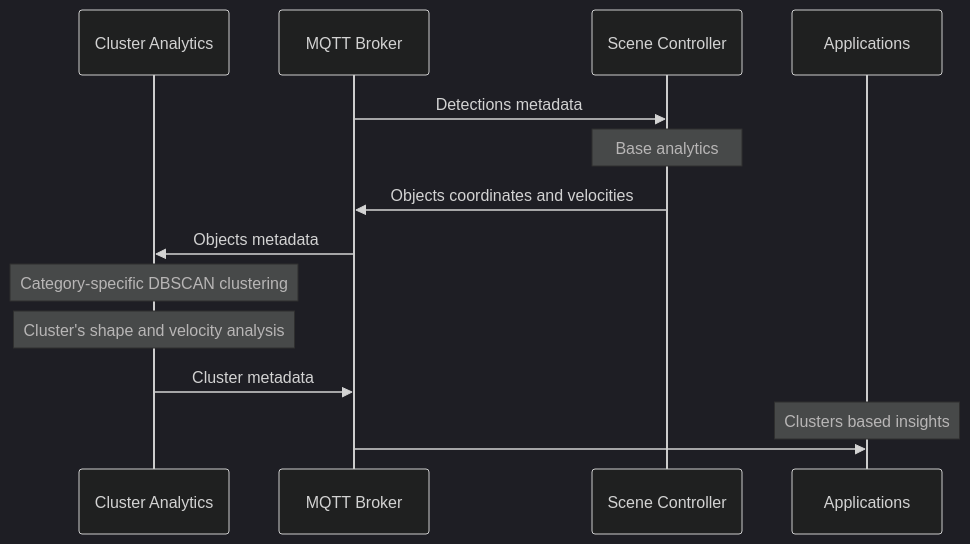
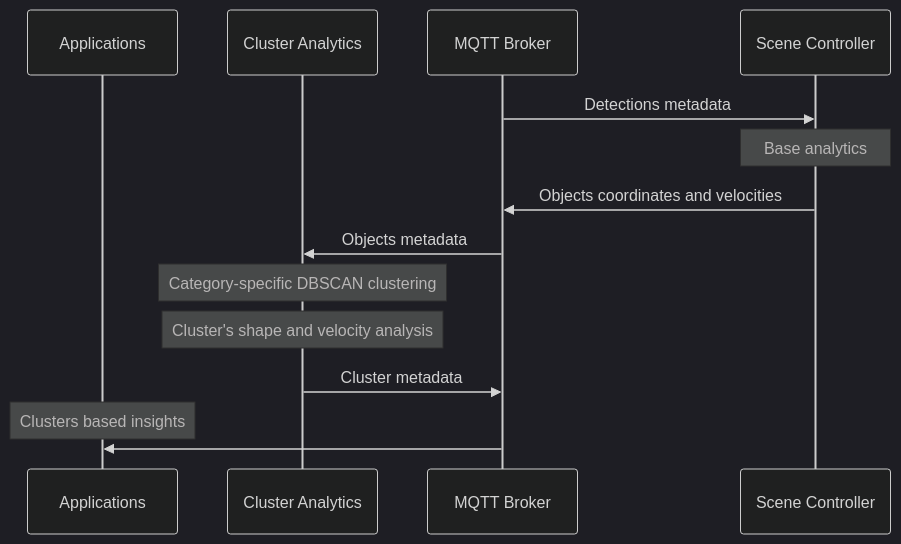
Before and after one commit to open-edge-platform/scenescape: the third of 3 diagrams in cluster_analytics/docs/user-guide/overview.md, drawn with Mermaid (dark theme).

Commit message:
Update dataflow diagram

````diff
--- a/cluster_analytics/docs/user-guide/overview.md
+++ b/cluster_analytics/docs/user-guide/overview.md
@@ -434,20 +434,21 @@
 ```mermaid
 sequenceDiagram
 
+    participant APP as Applications
     participant CA as Cluster Analytics
     participant MQTT as MQTT Broker
     participant SC as Scene Controller
-    participant APP as Applications
+
 
     MQTT->>SC: Detections metadata
     Note over SC: Base analytics 
     SC->>MQTT: Objects coordinates and velocities
     MQTT->>CA: Objects metadata
 
     Note over CA: Category-specific DBSCAN clustering
     Note over CA: Cluster's shape and velocity analysis
 
     CA->>MQTT: Cluster metadata
     Note over APP: Clusters based insights
     MQTT->>APP:
 ```
````
